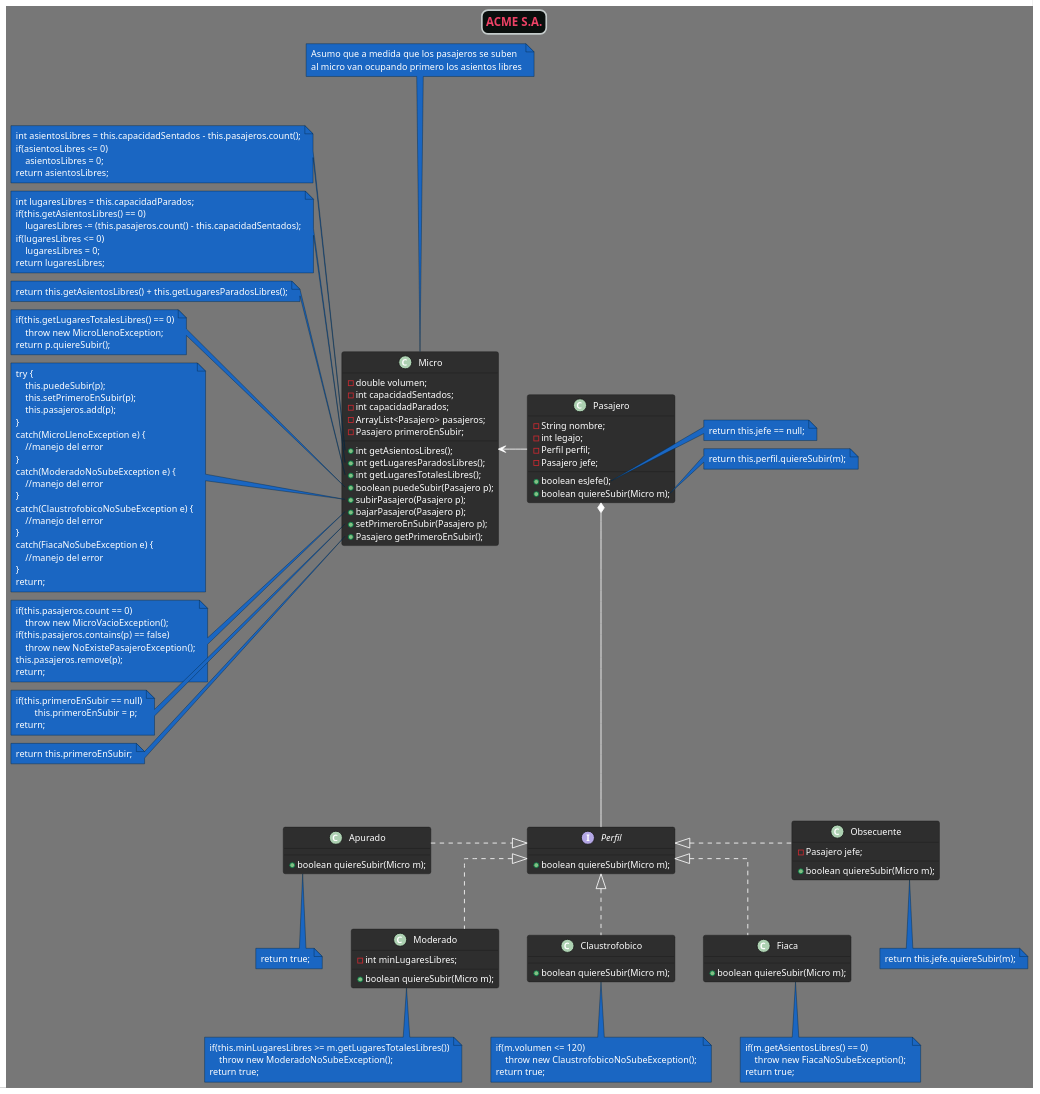
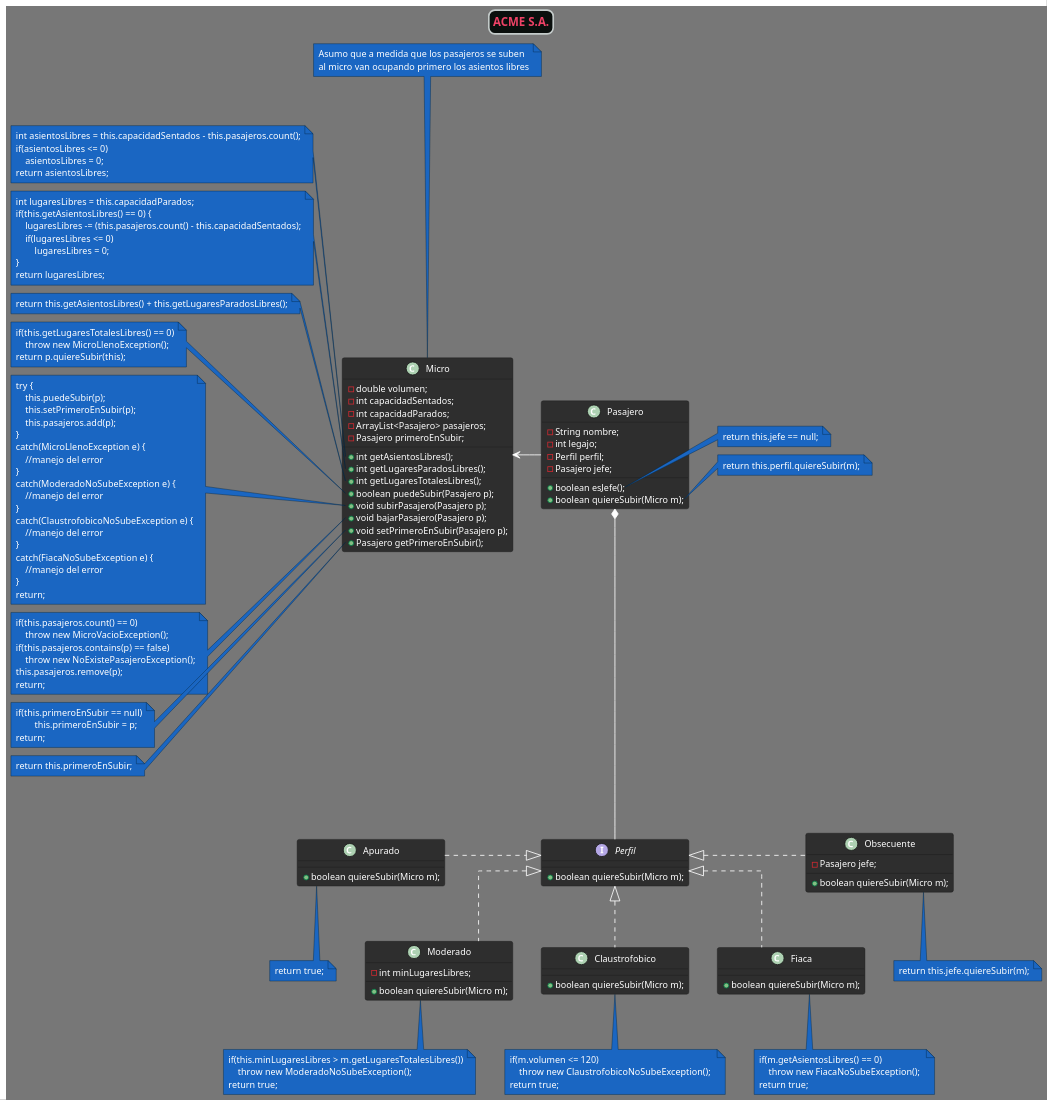
Before and after one commit to m-doce/ejercicios_utn: the diagram in EjercicioMicros/src/diagrama.puml, drawn with PlantUML.

Commit message:
Añadidas las dependencias para realizar tests unitarios

```diff
--- a/EjercicioMicros/src/diagrama.puml
+++ b/EjercicioMicros/src/diagrama.puml
@@ -1,177 +1,178 @@
 @startuml
 title "ACME S.A."
 !theme reddress-darkblue
 scale 1.3
 skinparam Linetype ortho
 skinparam titleBorderRoundCorner 15
 skinparam titleBorderThickness 2
 skinparam titleBorderColor #C4CBCA
 skinparam titleBackgroundColor #0A0F0D
 skinparam defaultFontColor #FFFFFF
 skinparam titleFontColor #EE4266
 
 
 
 class Micro {
     -double volumen;
     -int capacidadSentados;
     -int capacidadParados;
     -ArrayList<Pasajero> pasajeros;
     -Pasajero primeroEnSubir;
 
     +int getAsientosLibres();
     +int getLugaresParadosLibres();
     +int getLugaresTotalesLibres();
     +boolean puedeSubir(Pasajero p);
-    +subirPasajero(Pasajero p);
-    +bajarPasajero(Pasajero p);
-    +setPrimeroEnSubir(Pasajero p);
+    +void subirPasajero(Pasajero p);
+    +void bajarPasajero(Pasajero p);
+    +void setPrimeroEnSubir(Pasajero p);
     +Pasajero getPrimeroEnSubir();
 }
 
 class Pasajero {
     -String nombre;
     -int legajo;
     -Perfil perfil;
     -Pasajero jefe;
 
     +boolean esJefe();
     +boolean quiereSubir(Micro m);
 }
 
 interface Perfil {
     +boolean quiereSubir(Micro m);
 }
 
 class Apurado {
     +boolean quiereSubir(Micro m);
 }
 
 class Claustrofobico {
     +boolean quiereSubir(Micro m);
 }
 
 class Fiaca {
     +boolean quiereSubir(Micro m);
 }
 
 class Moderado {
     -int minLugaresLibres;
 
     +boolean quiereSubir(Micro m);
 }
 
 class Obsecuente {
     -Pasajero jefe;
 
     +boolean quiereSubir(Micro m);
 }
 
 
 
 'Relaciones
 Pasajero -l-> Micro
 Pasajero *-- Perfil
 
 Perfil <|.l. Apurado
 Perfil <|.. Claustrofobico
 Perfil <|.. Fiaca
 Perfil <|.. Moderado
 Perfil <|.r. Obsecuente
 
 
 'Notas
 'Perfiles
 note bottom of Apurado: return true;
 
 note bottom of Claustrofobico: if(m.volumen <= 120)\n    throw new ClaustrofobicoNoSubeException(); \nreturn true;
 
 note bottom of Fiaca: if(m.getAsientosLibres() == 0)\n    throw new FiacaNoSubeException(); \nreturn true;
 
-note bottom of Moderado: if(this.minLugaresLibres >= m.getLugaresTotalesLibres())\n    throw new ModeradoNoSubeException(); \nreturn true;
+note bottom of Moderado: if(this.minLugaresLibres > m.getLugaresTotalesLibres())\n    throw new ModeradoNoSubeException(); \nreturn true;
 
 note bottom of Obsecuente: return this.jefe.quiereSubir(m);
 
 'Pasajero
 note right of Pasajero::esJefe
 return this.jefe == null;
 endnote
 
 note right of Pasajero::quiereSubir
 return this.perfil.quiereSubir(m);
 endnote
 
 'Micro
 note as N1
 Asumo que a medida que los pasajeros se suben
 al micro van ocupando primero los asientos libres
 endnote
 Micro -u- N1
 
 note left of Micro::getAsientosLibres
 int asientosLibres = this.capacidadSentados - this.pasajeros.count();
 if(asientosLibres <= 0)
     asientosLibres = 0;
 return asientosLibres;
 endnote
 
 note left of Micro::getLugaresParadosLibres
 int lugaresLibres = this.capacidadParados;
-if(this.getAsientosLibres() == 0)
+if(this.getAsientosLibres() == 0) {
     lugaresLibres -= (this.pasajeros.count() - this.capacidadSentados);
-if(lugaresLibres <= 0)
-    lugaresLibres = 0;
+    if(lugaresLibres <= 0)
+        lugaresLibres = 0;
+}
 return lugaresLibres;
 endnote
 
 note left of Micro::getLugaresTotalesLibres
 return this.getAsientosLibres() + this.getLugaresParadosLibres();
 endnote
 
 note left of Micro::puedeSubir
 if(this.getLugaresTotalesLibres() == 0)
-    throw new MicroLlenoException;
-return p.quiereSubir();
+    throw new MicroLlenoException();
+return p.quiereSubir(this);
 endnote
 
 note left of Micro::subirPasajero
 try {
     this.puedeSubir(p);
     this.setPrimeroEnSubir(p);
     this.pasajeros.add(p);
 }
 catch(MicroLlenoException e) {
     //manejo del error
 }
 catch(ModeradoNoSubeException e) {
     //manejo del error
 }
 catch(ClaustrofobicoNoSubeException e) {
     //manejo del error
 }
 catch(FiacaNoSubeException e) {
     //manejo del error
 }
 return;
 endnote
 
 note left of Micro::bajarPasajero
-if(this.pasajeros.count == 0)
+if(this.pasajeros.count() == 0)
     throw new MicroVacioException();
 if(this.pasajeros.contains(p) == false)
     throw new NoExistePasajeroException();
 this.pasajeros.remove(p);
 return;
 endnote
 
 note left of Micro::setPrimeroEnSubir
 if(this.primeroEnSubir == null)
         this.primeroEnSubir = p;
 return;
 endnote
 
 note left of Micro::getPrimeroEnSubir
 return this.primeroEnSubir;
 endnote
 
 @enduml
```
